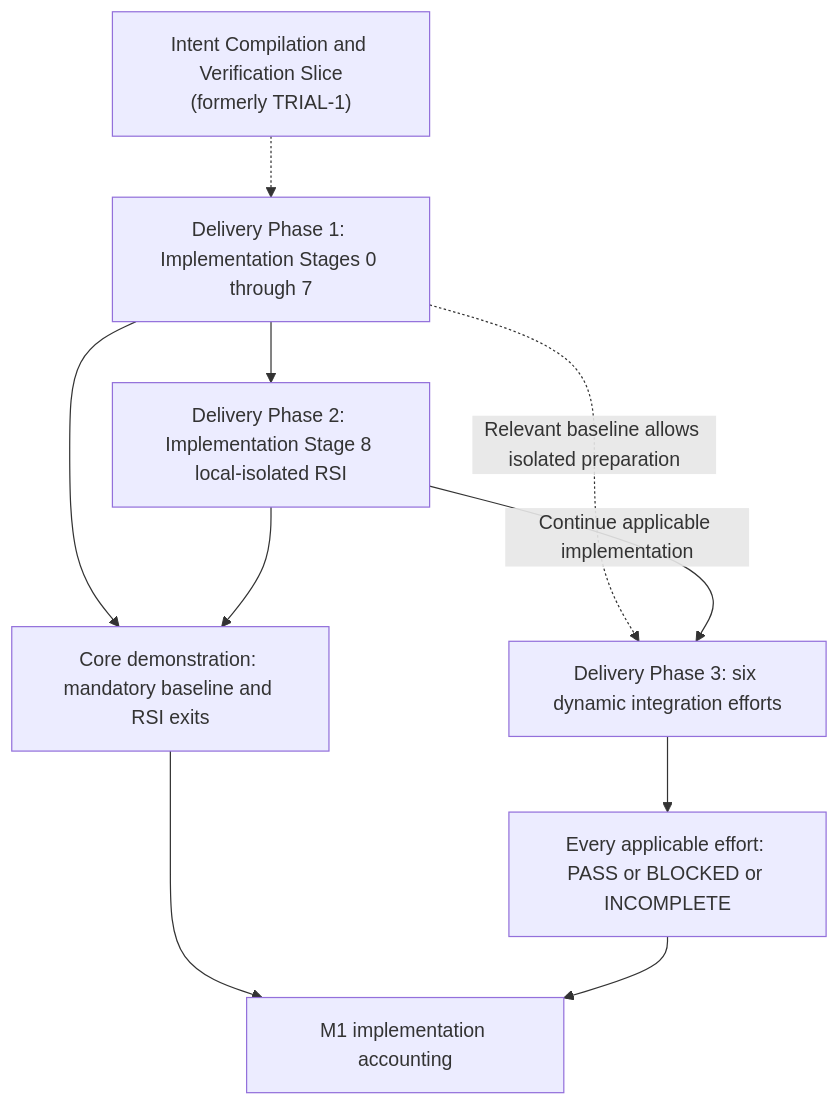
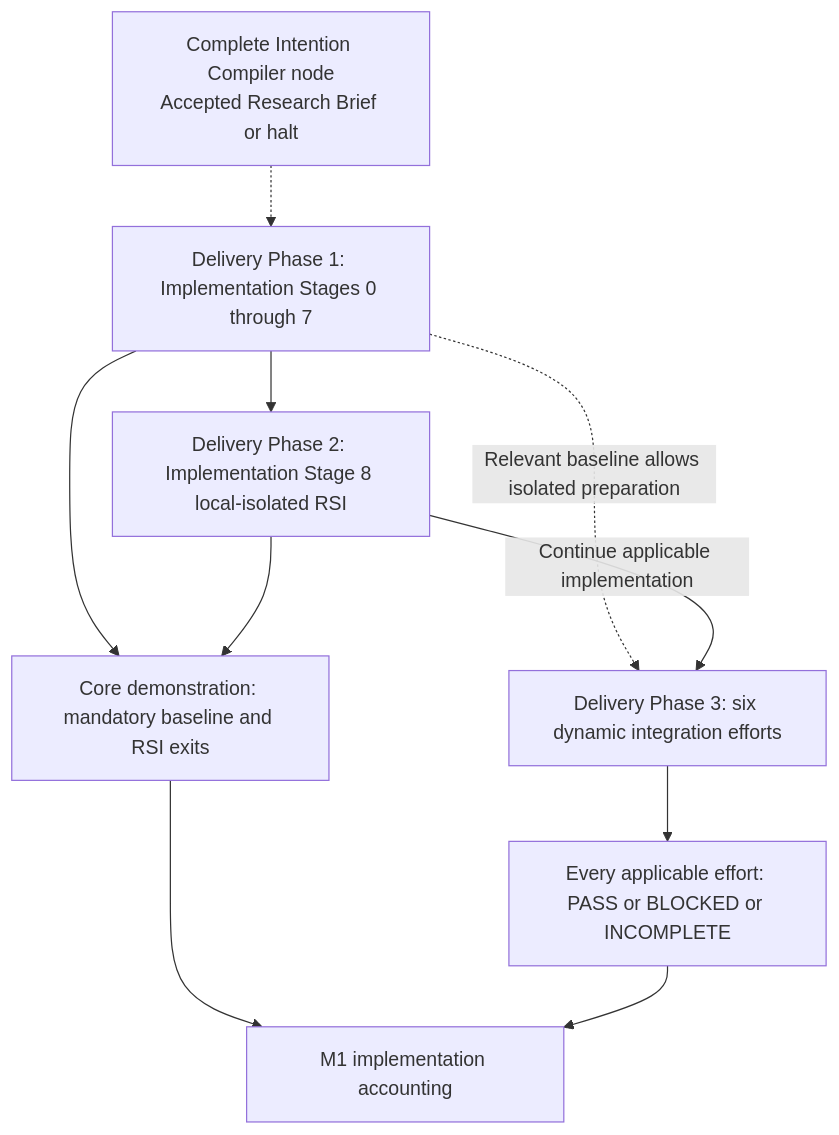
Before and after one commit to Stellven/jiuwenswarm: the diagram in docs/architecture/design-package/phase-details.md, drawn with Mermaid. The commit also changed other lines of this file and 285 other files, not shown here.

Commit message:
docs: complete Intention Compiler design in full and compact packages

````diff
--- a/docs/architecture/design-package/phase-details.md
+++ b/docs/architecture/design-package/phase-details.md
@@ -48,12 +48,12 @@
 ```mermaid
 flowchart TB
-    Slice["Intent Compilation and Verification Slice<br/>(formerly TRIAL-1)"] -.-> P1[Delivery Phase 1: Implementation Stages 0 through 7]
+    Slice["Complete Intention Compiler node<br/>Accepted Research Brief or halt"] -.-> P1[Delivery Phase 1: Implementation Stages 0 through 7]
     P1 --> P2[Delivery Phase 2: Implementation Stage 8 local-isolated RSI]
     P1 -.->|Relevant baseline allows isolated preparation| P3[Delivery Phase 3: six dynamic integration efforts]
     P2 -->|Continue applicable implementation| P3
     P1 --> Core[Core demonstration: mandatory baseline and RSI exits]
     P2 --> Core
     P3 --> Account[Every applicable effort: PASS or BLOCKED or INCOMPLETE]
     Core --> Report[M1 implementation accounting]
     Account --> Report
 ```
````
